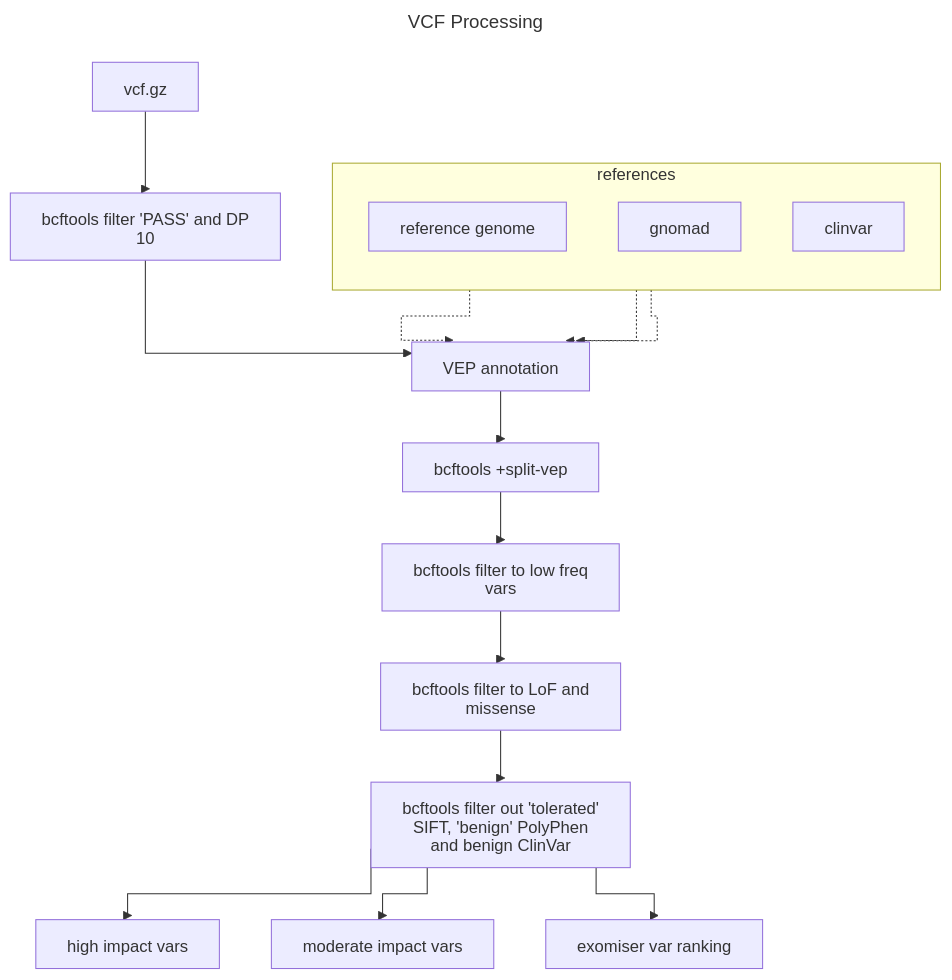
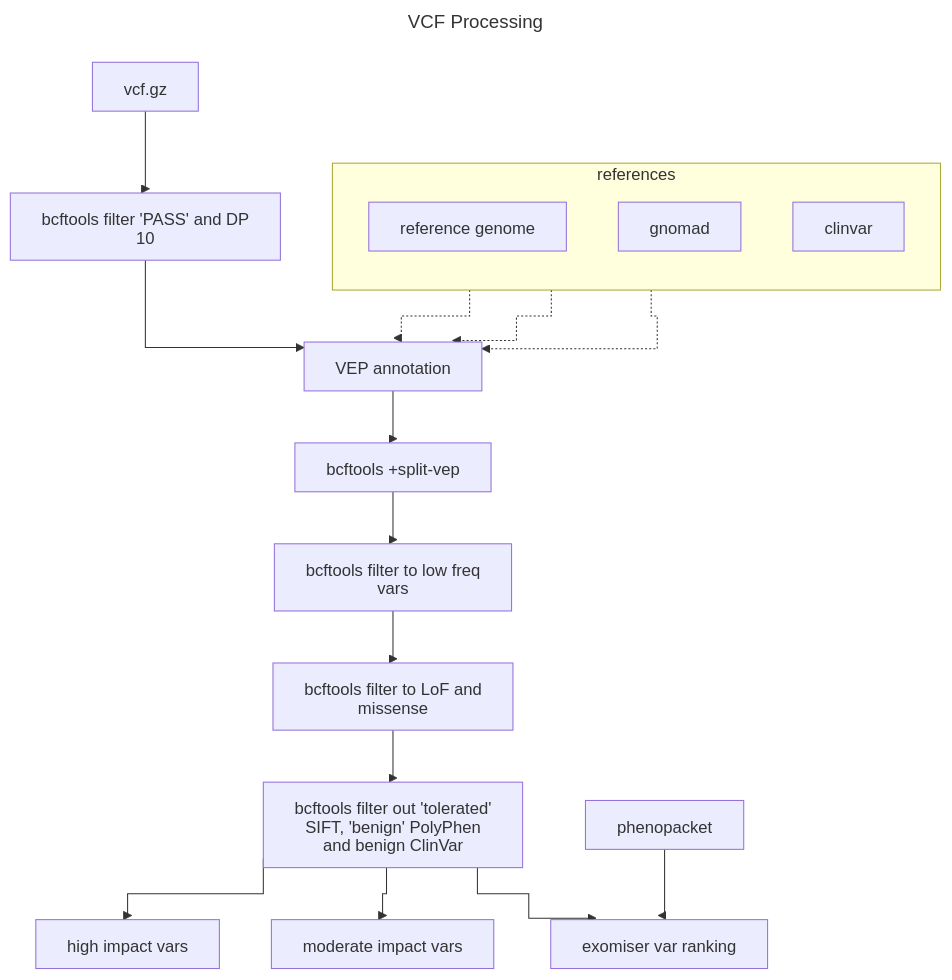
The second of 2 diagrams in README.md (JReneWong/Xocolatl_MX), drawn with Mermaid before and after one commit.

````diff
--- a/README.md
+++ b/README.md
@@ -47,30 +47,31 @@
 ```mermaid
 ---
 title: VCF Processing
 config:
   htmlLabels: false
   flowchart:
     curve: stepBefore
 ---
 flowchart TB
   vcf.gz --> filterpass[bcftools filter 'PASS' and DP>10]
   filterpass --> vep[VEP annotation]
   vep --> splitvep[bcftools +split-vep]
   splitvep --> lowfreqvar[bcftools filter to low freq vars]
   lowfreqvar --> synonymous[bcftools filter to LoF and missense]
   synonymous --> siftpolyphenclinvar[bcftools filter out 'tolerated' SIFT, 'benign' PolyPhen and benign ClinVar]
   siftpolyphenclinvar --> highimpact[high impact vars]
   siftpolyphenclinvar --> moderateimpact[moderate impact vars]
   siftpolyphenclinvar --> exomiser[exomiser var ranking]
+  phenopacket --> exomiser
 
   subgraph references
     direction TB
     refgenome[reference genome]
     gnomad
     clinvar
   end
 
   refgenome[reference genome] -.-> vep
   gnomad -.-> vep
   clinvar -.-> vep
 ```
````
